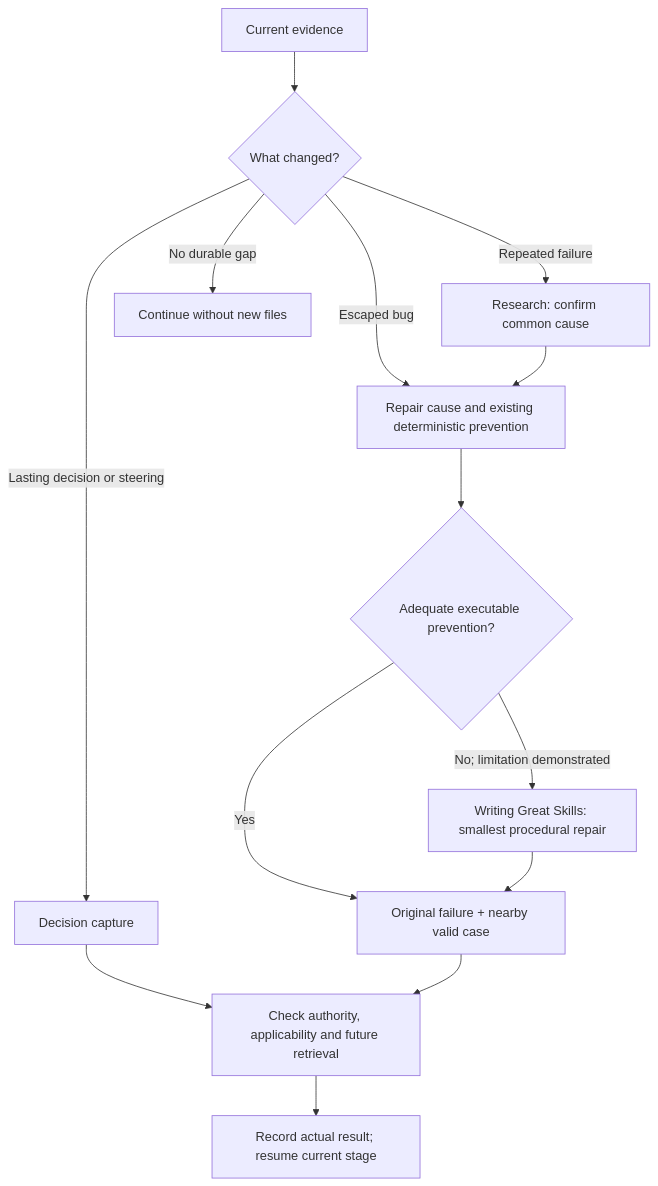
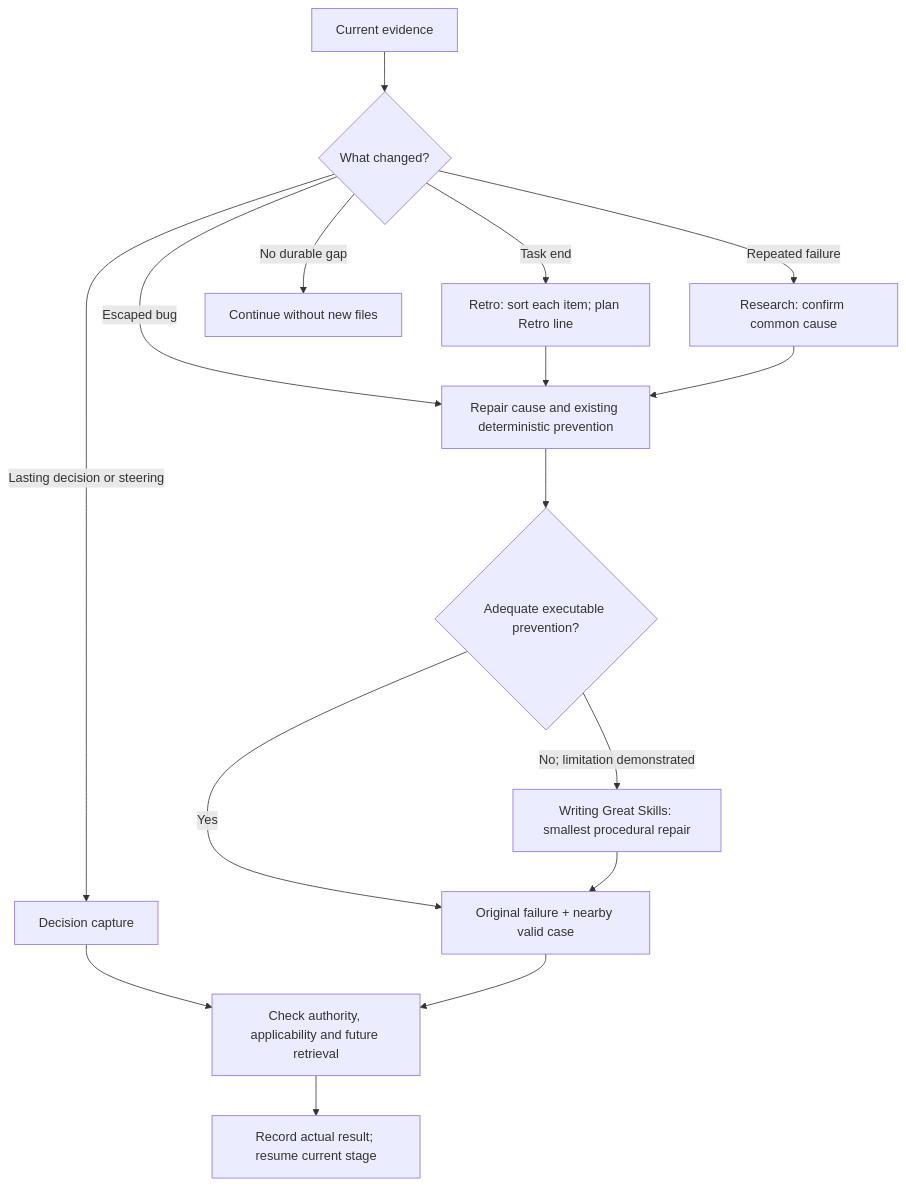
One commit to sgaabdu4/hard-eng changed the diagram in .agents/skills/he-learn/SKILL.md. Above: the diagram before and after it, drawn with Mermaid. The commit also changed other lines of this file and 9 other files, not shown here.

````diff
--- a/.agents/skills/he-learn/SKILL.md
+++ b/.agents/skills/he-learn/SKILL.md
@@ -11,20 +11,22 @@
 ```mermaid
 flowchart TD
   E[Current evidence] --> T{What changed?}
   T -->|Repeated failure| R[Research: confirm common cause]
   T -->|Escaped bug| P
   T -->|Lasting decision or steering| A[Decision capture]
+  T -->|Task end| RT[Retro: sort each item; plan Retro line]
   T -->|No durable gap| N[Continue without new files]
+  RT --> P
   R --> P[Repair cause and existing deterministic prevention]
   P --> L{Adequate executable prevention?}
   L -->|Yes| V[Original failure + nearby valid case]
   L -->|No; limitation demonstrated| S[Writing Great Skills: smallest procedural repair]
   S --> V
   A --> U[Check authority, applicability and future retrieval]
   V --> U
   U --> D[Record actual result; resume current stage]
   click R "../research/references/troubleshooting.md"
   click A "references/decisions.md"
   click S "../writing-great-skills/SKILL.md"
   click V "../he/references/testing.md"
 ```
````
